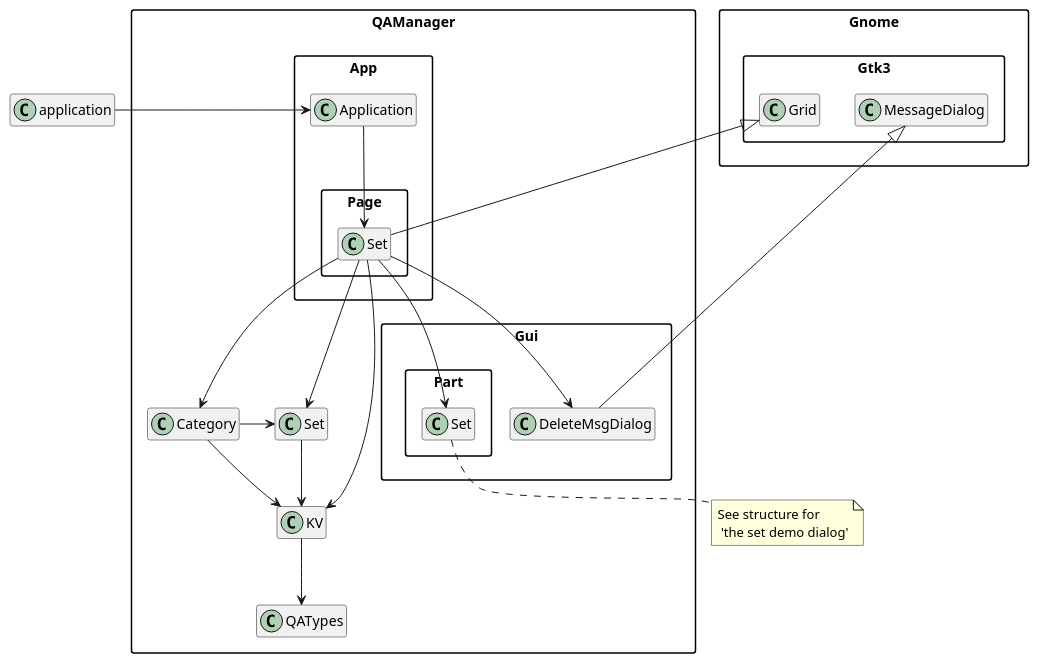
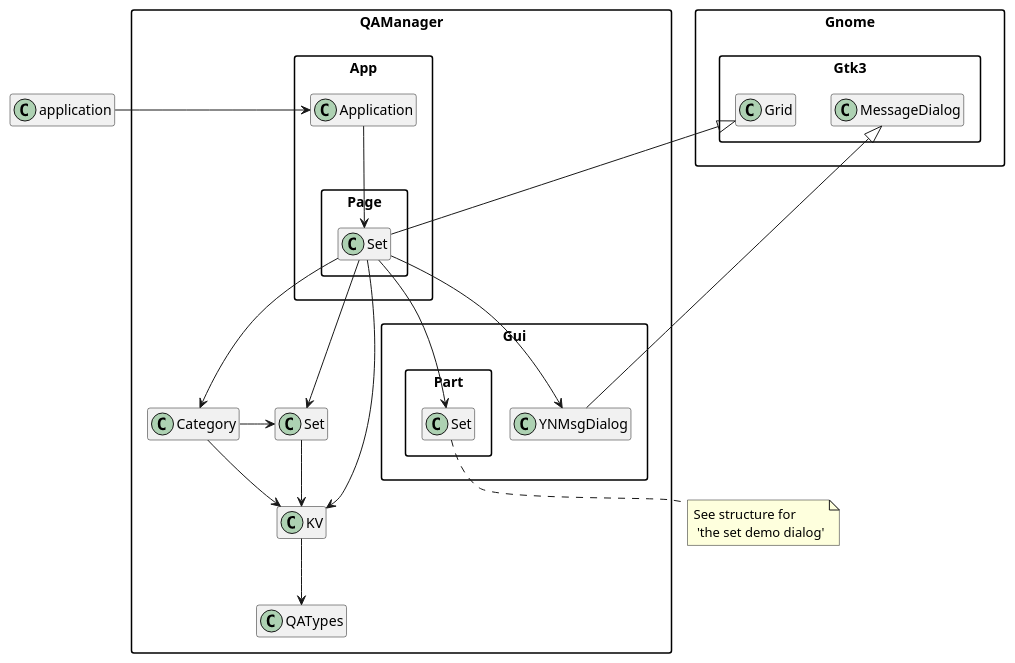
Before and after one commit to MARTIMM/qa-manager: the diagram in doc/plantuml/structure-set.md, drawn with PlantUML. The commit also changed 3 other files, not shown here.

Commit message:
rename delete message dialog in a more general one

````diff
--- a/doc/plantuml/structure-set.md
+++ b/doc/plantuml/structure-set.md
@@ -1,70 +1,70 @@
 ```plantuml
 @startuml
 'scale 0.9
 skinparam packageStyle rectangle
 set namespaceSeparator ::
 hide members
 
 'title part of the Set page
 
 application -> QAManager::App::Application
 
 'QAManager::App::Application --> QAManager::App::ApplicationWindow
 'QAManager::App::Application ---> QAManager::App::Menu::File
 'QAManager::App::Application -> QAManager::App::Menu::Help
 'QAManager::App::Application --> QAManager::App::Page::Category
 'QAManager::App::Application --> QAManager::App::Page::Sheet
 QAManager::App::Application --> QAManager::App::Page::Set
 'Gnome::Gtk3::Application <|-- QAManager::App::Application
 
 'QAManager::App::Page::Category --> QAManager::Category
 'Gnome::Gtk3::Grid <|--- QAManager::App::Page::Category
 
 'QAManager::App::Page::Sheet --> QAManager::Sheet
 'Gnome::Gtk3::Grid <|--- QAManager::App::Page::Sheet
 
 QAManager::App::Page::Set --> QAManager::Category
 QAManager::App::Page::Set --> QAManager::Set
 QAManager::App::Page::Set --> QAManager::KV
-QAManager::App::Page::Set -> QAManager::Gui::DeleteMsgDialog
+QAManager::App::Page::Set -> QAManager::Gui::YNMsgDialog
 QAManager::App::Page::Set --> QAManager::Gui::Part::Set
 note "See structure for\n 'the set demo dialog'" as N1
 QAManager::Gui::Part::Set .. N1
 
 Gnome::Gtk3::Grid <|-- QAManager::App::Page::Set
 
 'QAManager --> QAManager::Category
 'QAManager --> QAManager::Sheet
 'QAManager --> QAManager::Gui::TopLevel
 
 QAManager::Category -> QAManager::Set
 QAManager::Category --> QAManager::KV
 
 'QAManager::Sheet --> QAManager::QATypes
 
 'QAManager::Gui::TopLevel --> QAManager::Gui::Main
 
 QAManager::Set --> QAManager::KV
 
 QAManager::KV --> QAManager::QATypes
 
 'QAManager::Gui::Main --> QAManager::QATypes
 'QAManager::Gui::Main --> QAManager::Set
 
-Gnome::Gtk3::MessageDialog <|-- QAManager::Gui::DeleteMsgDialog
+Gnome::Gtk3::MessageDialog <|-- QAManager::Gui::YNMsgDialog
 
 'QAManager::Gui::SetDemoDialog --> QAManager::QATypes
 'QAManager::Gui::SetDemoDialog --> QAManager::Category
 'QAManager::Gui::SetDemoDialog --> QAManager::Set
 'QAManager::Gui::SetDemoDialog --> QAManager::Gui::Part::Dialog
 'QAManager::Gui::SetDemoDialog --> QAManager::Gui::Part::Set
 
 'Gnome::Gtk3::Dialog <|-- QAManager::Gui::Part::Dialog
 
 'QAManager::Gui::Part::Dialog --> QAManager::Set
 'QAManager::Gui::Part::Dialog --> QAManager::KV
 'QAManager::Gui::Part::Dialog --> QAManager::Gui::Part::KV
 'QAManager::Gui::Part::Dialog --> QAManager::Gui::Part::Frame
 
 @enduml
 ```
````
